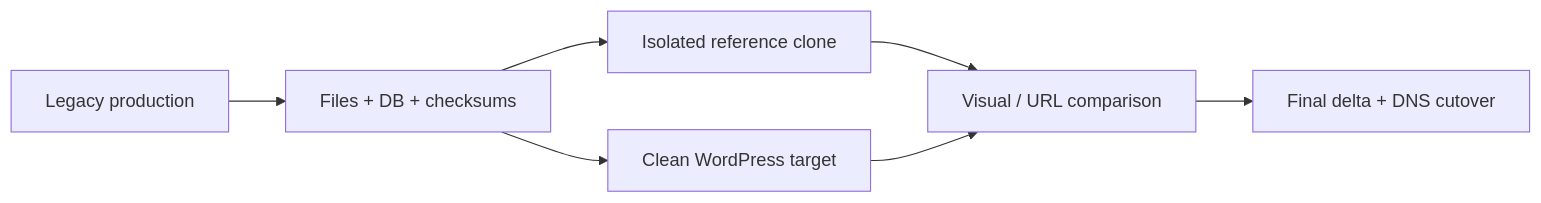
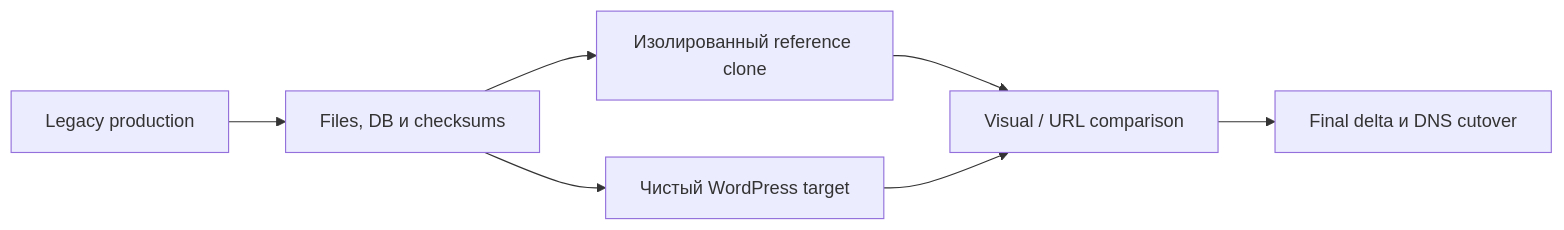
Before and after one commit to Ilyusa206/engineering-showcase: the diagram in cases/web-platform/README.md, drawn with Mermaid. The commit also changed other lines of this file and 17 other files, not shown here.

````diff
--- a/cases/web-platform/README.md
+++ b/cases/web-platform/README.md
@@ -19,9 +19,9 @@
 ```mermaid
 flowchart LR
-    SRC["Legacy production"] --> SNAP["Files + DB + checksums"]
-    SNAP --> CLONE["Isolated reference clone"]
-    SNAP --> WP["Clean WordPress target"]
+    SRC["Legacy production"] --> SNAP["Files, DB и checksums"]
+    SNAP --> CLONE["Изолированный reference clone"]
+    SNAP --> WP["Чистый WordPress target"]
     CLONE --> QA["Visual / URL comparison"]
     WP --> QA
-    QA --> CUT["Final delta + DNS cutover"]
+    QA --> CUT["Final delta и DNS cutover"]
 ```
````
